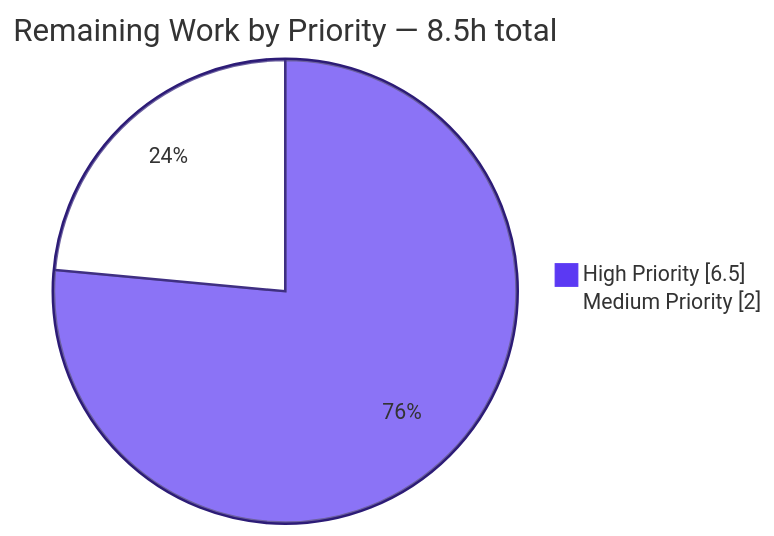
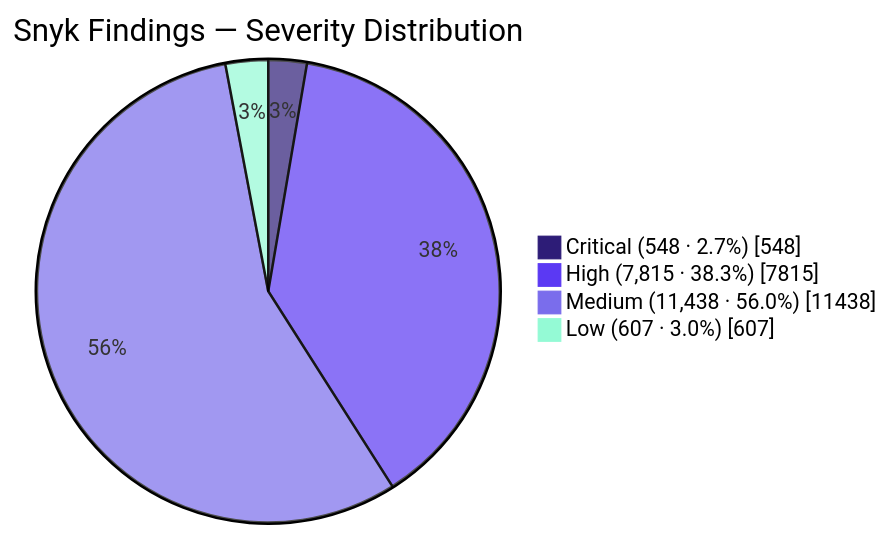
The fourth of 4 diagrams in blitzy/documentation/Project Guide.md (Blitzy-Sandbox/blitzy-cal), drawn with Mermaid before and after one commit. The commit also changed other lines of this file, not shown here.

Commit message:
Adding Blitzy Project Guide: Project Status and Human Tasks Remaining

````diff
--- a/blitzy/documentation/Project Guide.md
+++ b/blitzy/documentation/Project Guide.md
@@ -246,6 +252,8 @@
 ```mermaid
-%%{init: {'theme':'base','themeVariables':{'pie1':'#5B39F3','pie2':'#FFFFFF','pieStrokeColor':'#2D1C77','pieOuterStrokeColor':'#2D1C77'}}}%%
-pie showData title Remaining Work by Priority — 8.5h total
-    "High Priority" : 6.5
-    "Medium Priority" : 2.0
+%%{init: {"themeVariables": {"pie1": "#2D1C77", "pie2": "#5B39F3", "pie3": "#7A6DEC", "pie4": "#94FAD5"}}}%%
+pie showData title Snyk Findings — Severity Distribution
+    "Critical (548 · 2.7%)" : 548
+    "High (7,815 · 38.3%)" : 7815
+    "Medium (11,438 · 56.0%)" : 11438
+    "Low (607 · 3.0%)" : 607
 ```
````
